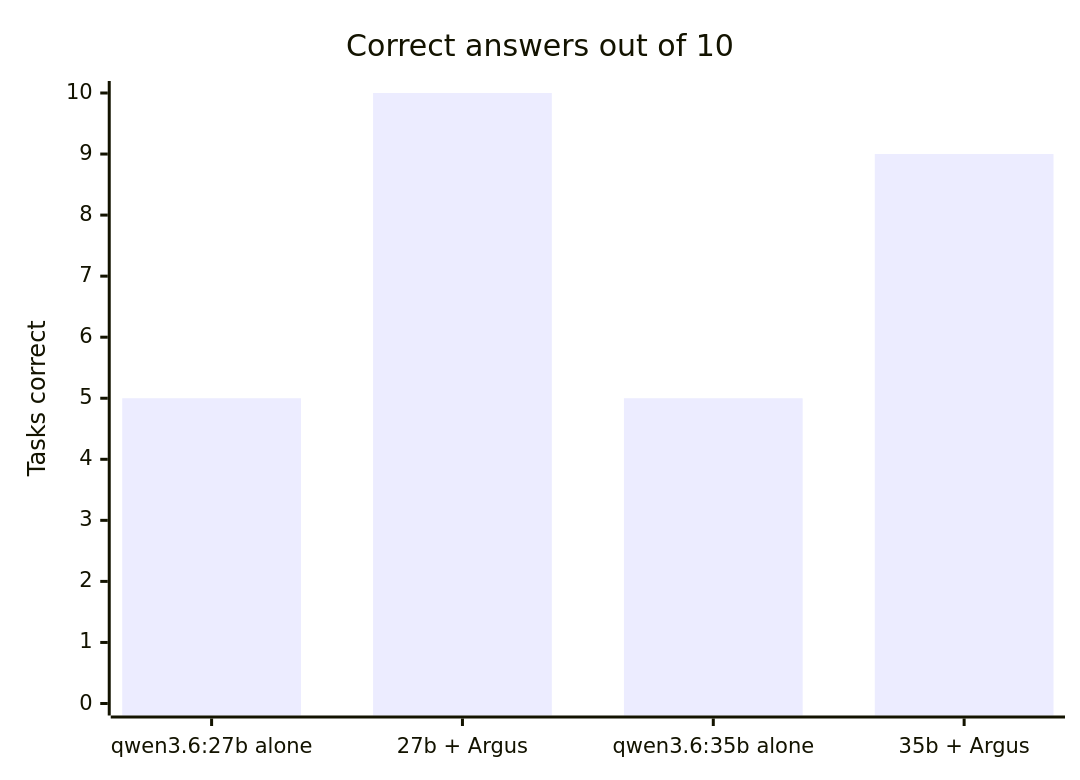
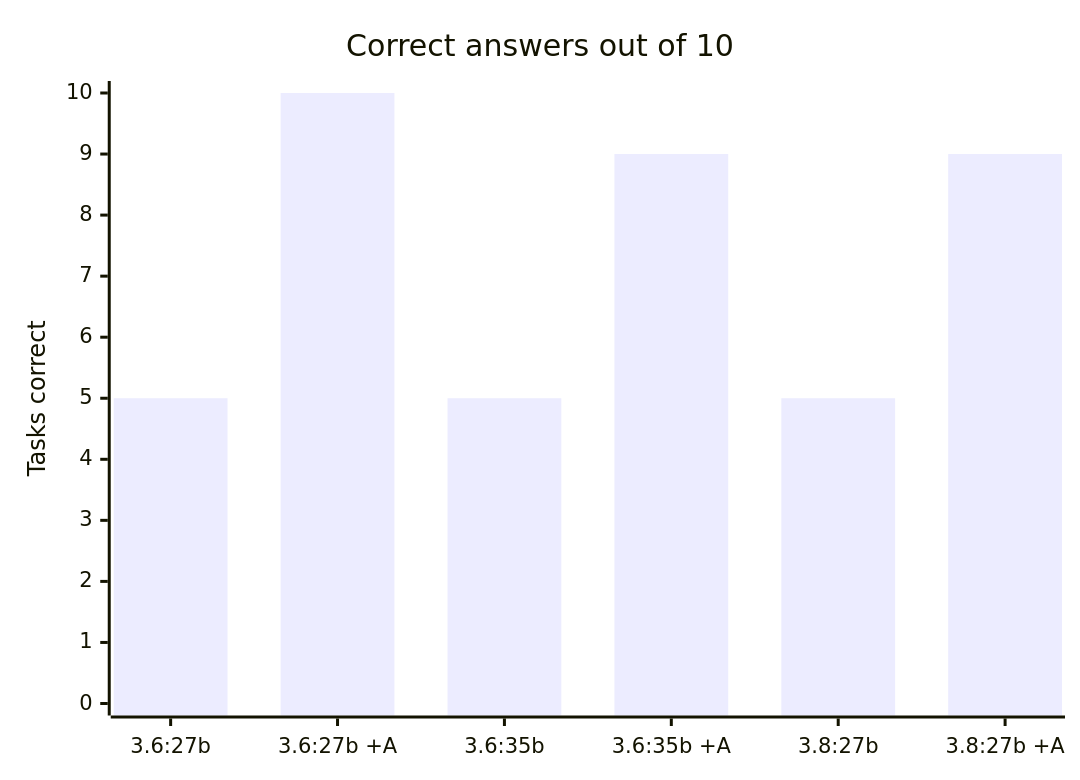
The first of 3 diagrams in README.md (Binchitects/argus), drawn with Mermaid before and after one commit. The commit also changed other lines of this file and 2 other files, not shown here.

````diff
--- a/README.md
+++ b/README.md
@@ -13,7 +13,7 @@
 ```mermaid
 xychart-beta
     title "Correct answers out of 10"
-    x-axis ["qwen3.6:27b alone", "27b + Argus", "qwen3.6:35b alone", "35b + Argus"]
+    x-axis ["3.6:27b", "3.6:27b +A", "3.6:35b", "3.6:35b +A", "3.8:27b", "3.8:27b +A"]
     y-axis "Tasks correct" 0 --> 10
-    bar [5, 10, 5, 9]
+    bar [5, 10, 5, 9, 5, 9]
 ```
````
